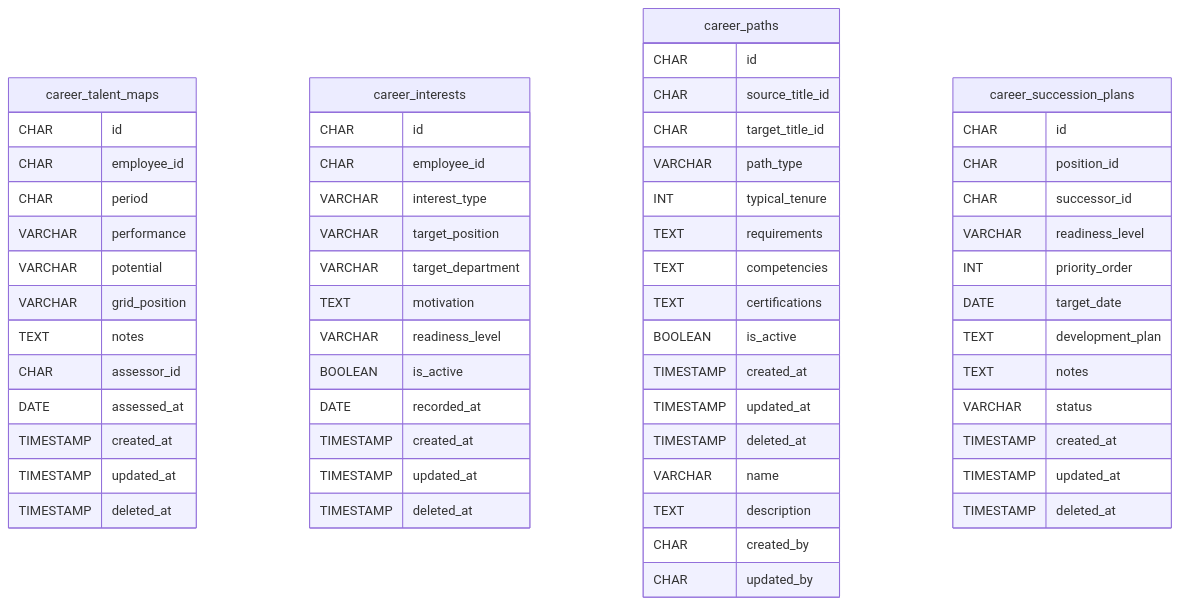
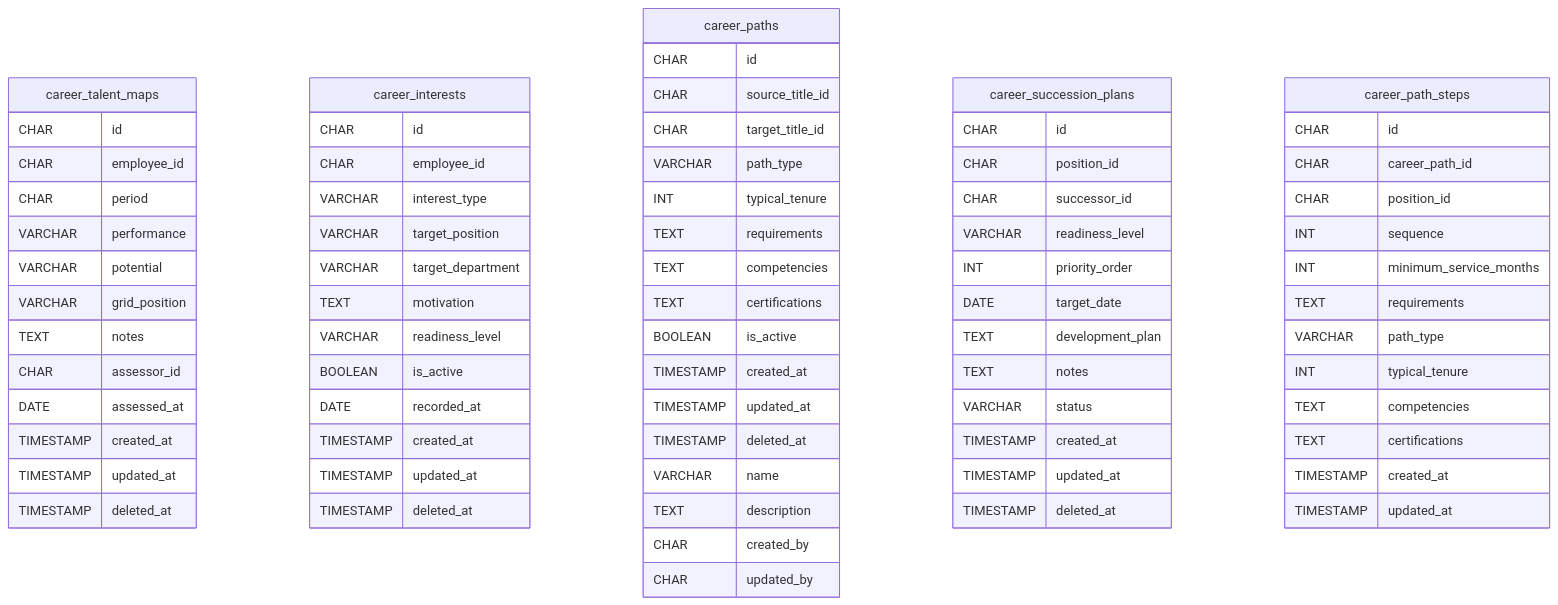
Diagram 21 of 21 in docs/database-schema.md (Inthros-Jagotama/inthros-hris-platform), drawn with Mermaid before and after one commit. The commit also changed other lines of this file, not shown here.

First line of the commit message:
docs: lengkapi database-schema dengan 68 tabel gap (Business Travel, Training v2, Competency 360, dll)

````diff
--- a/docs/database-schema.md
+++ b/docs/database-schema.md
@@ -3154,63 +4100,78 @@
 ```mermaid
 erDiagram
     career_talent_maps {
         CHAR id
         CHAR employee_id
         CHAR period
         VARCHAR performance
         VARCHAR potential
         VARCHAR grid_position
         TEXT notes
         CHAR assessor_id
         DATE assessed_at
         TIMESTAMP created_at
         TIMESTAMP updated_at
         TIMESTAMP deleted_at
     }
     career_interests {
         CHAR id
         CHAR employee_id
         VARCHAR interest_type
         VARCHAR target_position
         VARCHAR target_department
         TEXT motivation
         VARCHAR readiness_level
         BOOLEAN is_active
         DATE recorded_at
         TIMESTAMP created_at
         TIMESTAMP updated_at
         TIMESTAMP deleted_at
     }
     career_paths {
         CHAR id
         CHAR source_title_id
         CHAR target_title_id
         VARCHAR path_type
         INT typical_tenure
         TEXT requirements
         TEXT competencies
         TEXT certifications
         BOOLEAN is_active
         TIMESTAMP created_at
         TIMESTAMP updated_at
         TIMESTAMP deleted_at
         VARCHAR name
         TEXT description
         CHAR created_by
         CHAR updated_by
     }
     career_succession_plans {
         CHAR id
         CHAR position_id
         CHAR successor_id
         VARCHAR readiness_level
         INT priority_order
         DATE target_date
         TEXT development_plan
         TEXT notes
         VARCHAR status
         TIMESTAMP created_at
         TIMESTAMP updated_at
         TIMESTAMP deleted_at
     }
+    career_path_steps {
+        CHAR id
+        CHAR career_path_id
+        CHAR position_id
+        INT sequence
+        INT minimum_service_months
+        TEXT requirements
+        VARCHAR path_type
+        INT typical_tenure
+        TEXT competencies
+        TEXT certifications
+        TIMESTAMP created_at
+        TIMESTAMP updated_at
+    }
+
 ```
````
